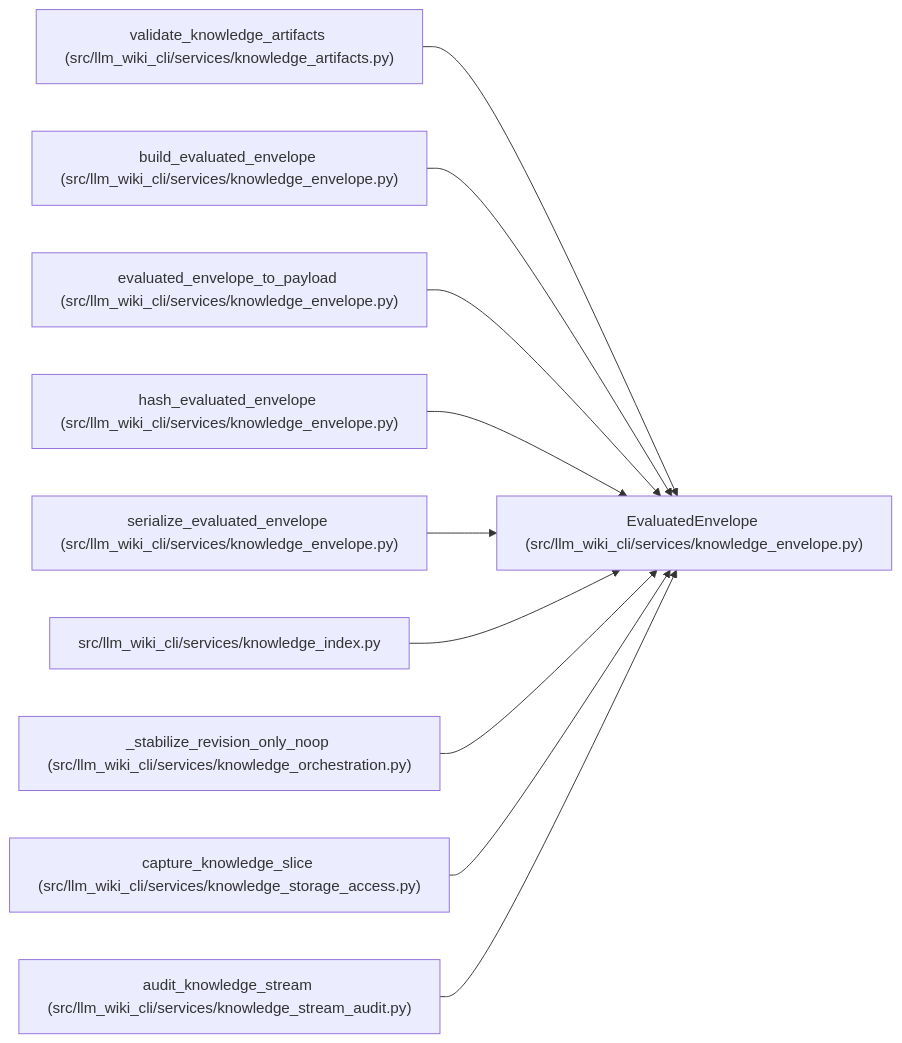
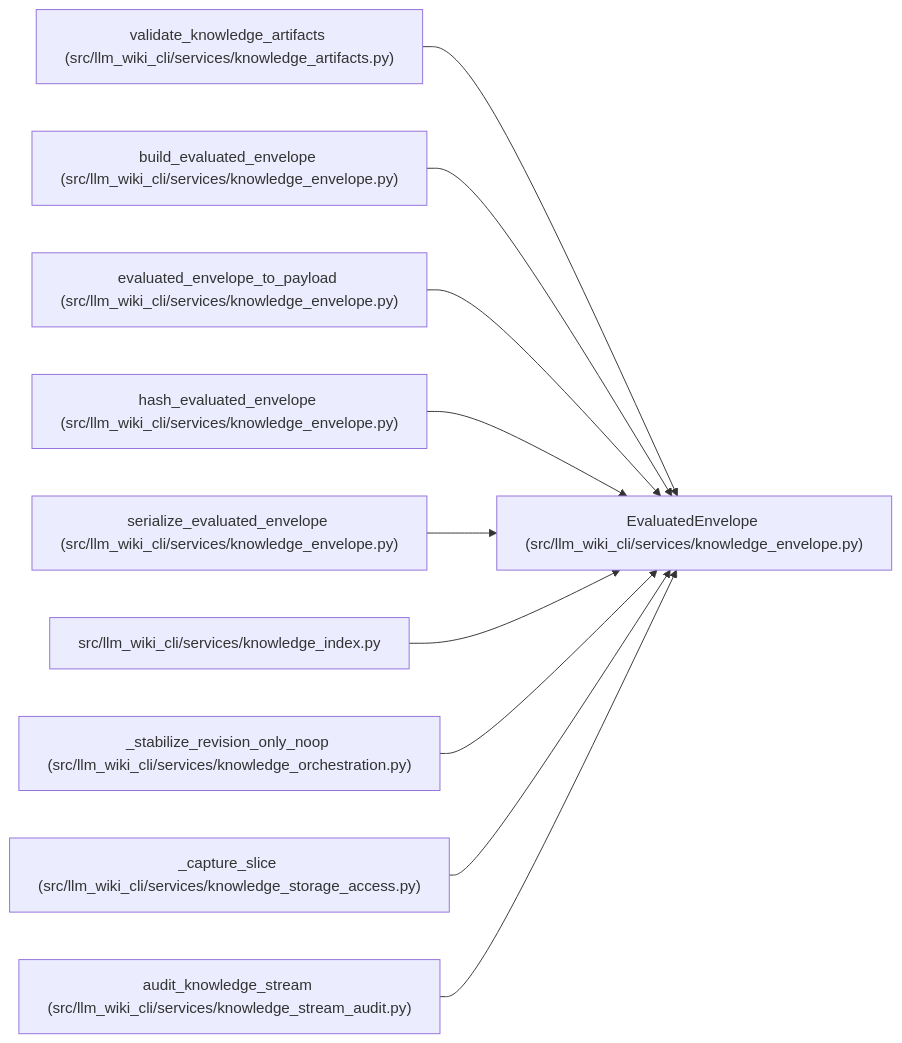
The diagram in docs/llm_wiki/entities/EvaluatedEnvelope.md (Denissvgn/python-wiki-llm), drawn with Mermaid before and after one commit. The commit also changed other lines of this file and 486 other files, not shown here.

First line of the commit message:
Improve knowledge storage performance and recoverable cleanup (#36)

````diff
--- a/docs/llm_wiki/entities/EvaluatedEnvelope.md
+++ b/docs/llm_wiki/entities/EvaluatedEnvelope.md
@@ -33,32 +33,32 @@
 ```mermaid
 flowchart LR
     n0["EvaluatedEnvelope (src/llm_wiki_cli/services/knowledge_envelope.py)"]
     n1["validate_knowledge_artifacts (src/llm_wiki_cli/services/knowledge_artifacts.py)"]
     n2["build_evaluated_envelope (src/llm_wiki_cli/services/knowledge_envelope.py)"]
     n3["evaluated_envelope_to_payload (src/llm_wiki_cli/services/knowledge_envelope.py)"]
     n4["hash_evaluated_envelope (src/llm_wiki_cli/services/knowledge_envelope.py)"]
     n5["serialize_evaluated_envelope (src/llm_wiki_cli/services/knowledge_envelope.py)"]
     n6["src/llm_wiki_cli/services/knowledge_index.py"]
     n7["_stabilize_revision_only_noop (src/llm_wiki_cli/services/knowledge_orchestration.py)"]
-    n8["capture_knowledge_slice (src/llm_wiki_cli/services/knowledge_storage_access.py)"]
+    n8["_capture_slice (src/llm_wiki_cli/services/knowledge_storage_access.py)"]
     n9["audit_knowledge_stream (src/llm_wiki_cli/services/knowledge_stream_audit.py)"]
     n1 --> n0
     n2 --> n0
     n3 --> n0
     n4 --> n0
     n5 --> n0
     n6 --> n0
     n7 --> n0
     n8 --> n0
     n9 --> n0
     click n0 "../modules/knowledge_envelope.md"
     click n1 "../modules/knowledge_artifacts.md"
     click n2 "../modules/knowledge_envelope.md"
     click n3 "../modules/knowledge_envelope.md"
     click n4 "../modules/knowledge_envelope.md"
     click n5 "../modules/knowledge_envelope.md"
     click n6 "../modules/knowledge_index.md"
     click n7 "../modules/knowledge_orchestration.md"
     click n8 "../modules/knowledge_storage_access.md"
     click n9 "../modules/knowledge_stream_audit.md"
 ```
````
